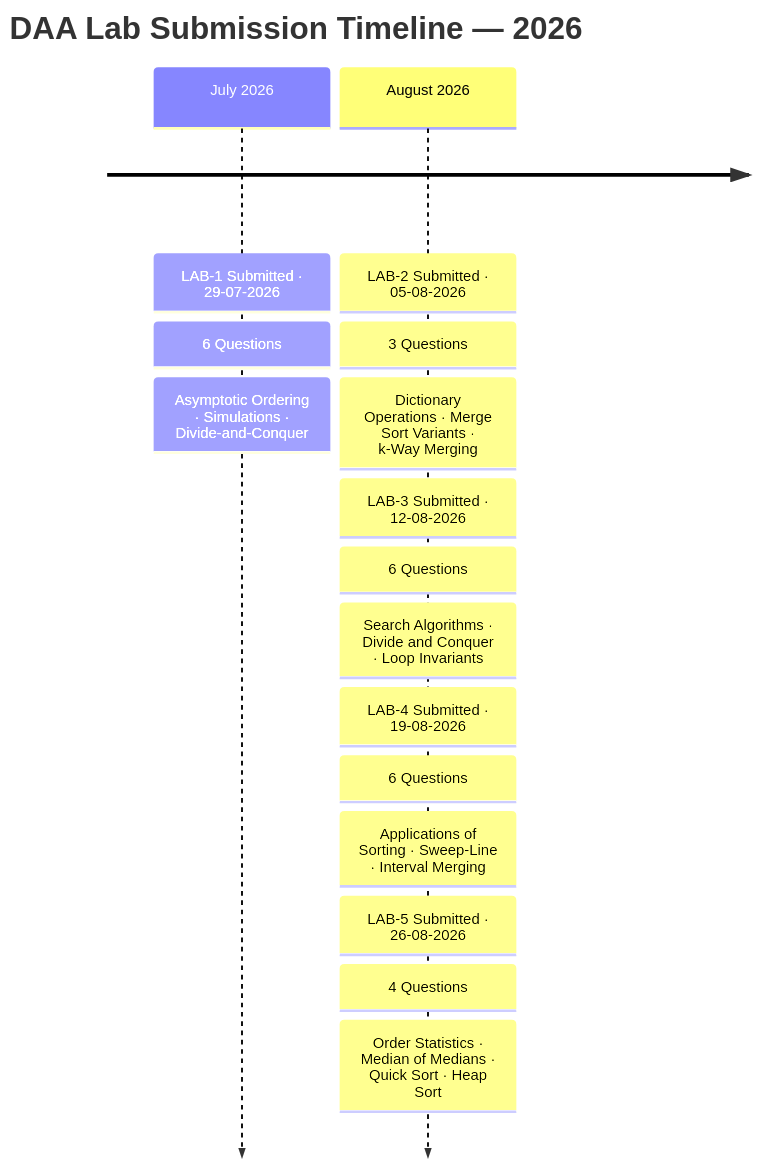
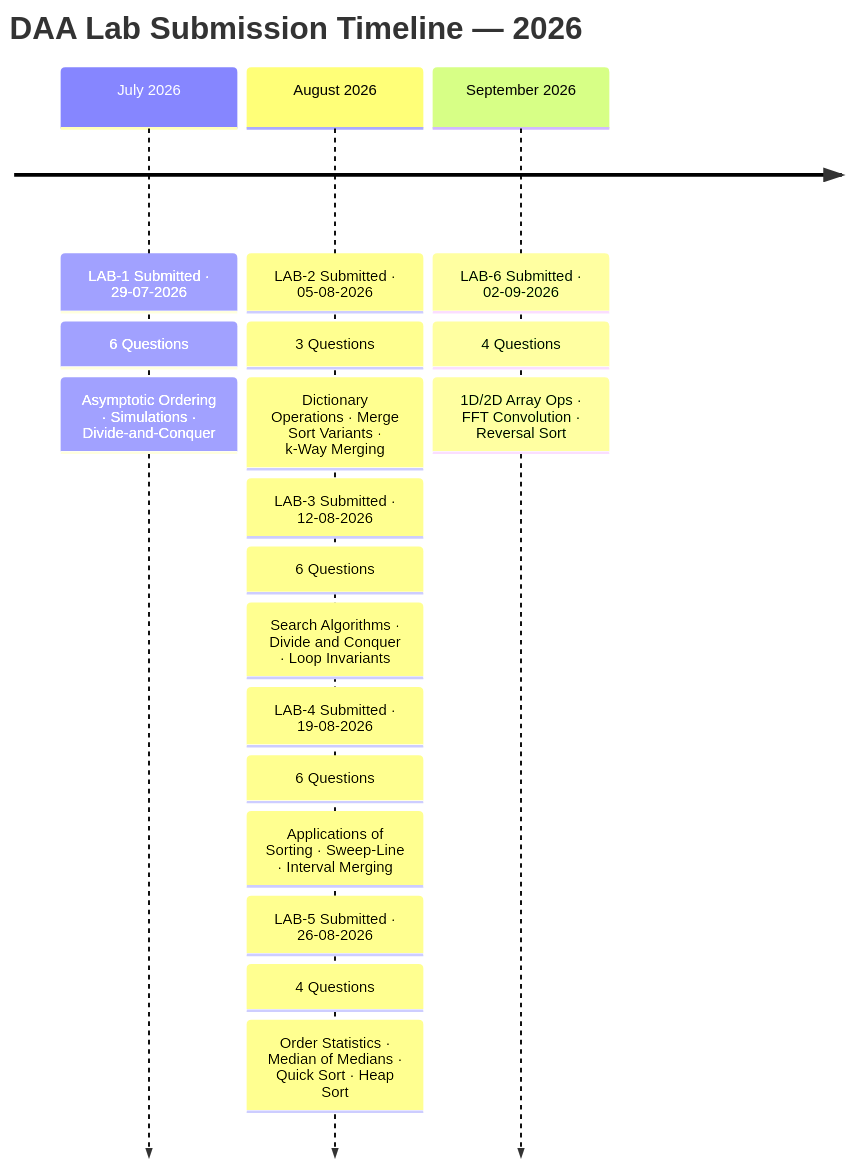
The first of 11 diagrams in README.md (Asit-Kumar-Mohapatra/Design-and-Analysis-of-Algorithm-DAA-Assignments-2026), drawn with Mermaid before and after one commit. The commit also changed other lines of this file, not shown here.

````diff
--- a/README.md
+++ b/README.md
@@ -102,19 +102,22 @@
 ```mermaid
 timeline
     title  DAA Lab Submission Timeline — 2026
     July 2026   : LAB-1 Submitted  ·  29-07-2026
                 : 6 Questions
                 : Asymptotic Ordering · Simulations · Divide-and-Conquer
     August 2026 : LAB-2 Submitted  ·  05-08-2026
                 : 3 Questions
                 : Dictionary Operations · Merge Sort Variants · k-Way Merging
                 : LAB-3 Submitted  ·  12-08-2026
                 : 6 Questions
                 : Search Algorithms · Divide and Conquer · Loop Invariants
                 : LAB-4 Submitted  ·  19-08-2026
                 : 6 Questions
                 : Applications of Sorting · Sweep-Line · Interval Merging
                 : LAB-5 Submitted  ·  26-08-2026
                 : 4 Questions
                 : Order Statistics · Median of Medians · Quick Sort · Heap Sort
+    September 2026 : LAB-6 Submitted  ·  02-09-2026
+                   : 4 Questions
+                   : 1D/2D Array Ops · FFT Convolution · Reversal Sort
 ```
````
